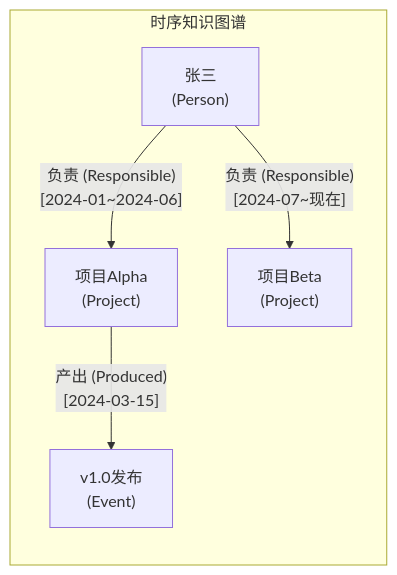
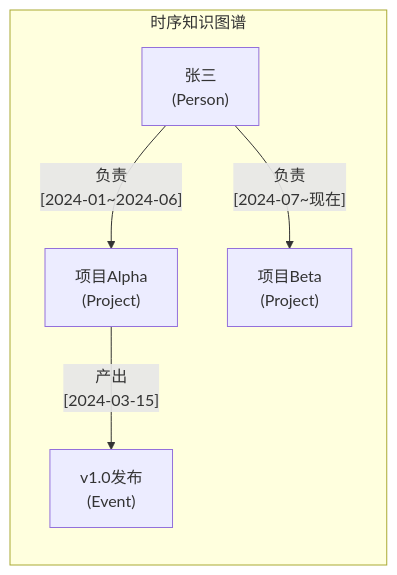
One commit to yeasy/agentic_ai_guide changed the second of 4 diagrams in 03_memory/3.5_graph_memory.md. Above: the diagram before and after it, drawn with Mermaid. The commit also changed other lines of this file and 33 other files, not shown here.

````diff
--- a/03_memory/3.5_graph_memory.md
+++ b/03_memory/3.5_graph_memory.md
@@ -34,13 +42,13 @@
 ```mermaid
 graph LR
     subgraph TKG["时序知识图谱"]
         E1["张三<br/>(Person)"]
         E2["项目Alpha<br/>(Project)"]
         E3["v1.0发布<br/>(Event)"]
         E4["项目Beta<br/>(Project)"]
         
-        E1 -->|"负责 (Responsible)<br/>[2024-01~2024-06]"| E2
-        E1 -->|"负责 (Responsible)<br/>[2024-07~现在]"| E4
-        E2 -->|"产出 (Produced)<br/>[2024-03-15]"| E3
+        E1 -->|"负责<br/>[2024-01~2024-06]"| E2
+        E1 -->|"负责<br/>[2024-07~现在]"| E4
+        E2 -->|"产出<br/>[2024-03-15]"| E3
     end
 ```
````
